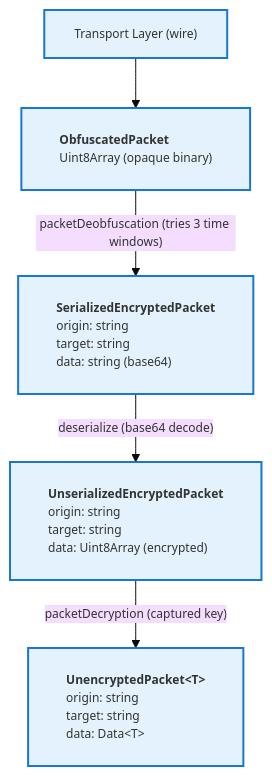
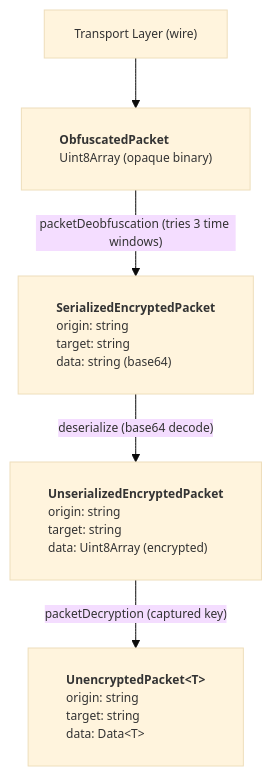
The fifth of 5 diagrams in libs/network-protocol/src/lib/security/README.md (AndrewRedican/hyperfrontend), drawn with Mermaid before and after one commit. The commit also changed other lines of this file and 2 other files, not shown here.

````diff
--- a/libs/network-protocol/src/lib/security/README.md
+++ b/libs/network-protocol/src/lib/security/README.md
@@ -307,22 +297,18 @@
 ```mermaid
 %%{init: {'theme':'base', 'themeVariables': {'fontSize':'12px'}, 'flowchart':{'htmlLabels':true}}}%%
 flowchart TB
     WIRE["Transport Layer (wire)"]
 
     OP["<div style='text-align: left; padding: 8px;'><b>ObfuscatedPacket</b><br/>Uint8Array (opaque binary)</div>"]
 
     SEP["<div style='text-align: left; padding: 8px;'><b>SerializedEncryptedPacket</b><br/>origin: string<br/>target: string<br/>data: string (base64)</div>"]
 
     UEP["<div style='text-align: left; padding: 8px;'><b>UnserializedEncryptedPacket</b><br/>origin: string<br/>target: string<br/>data: Uint8Array (encrypted)</div>"]
 
     UP["<div style='text-align: left; padding: 8px;'><b>UnencryptedPacket&lt;T&gt;</b><br/>origin: string<br/>target: string<br/>data: Data&lt;T&gt;</div>"]
 
     WIRE --> OP
     OP -->|"packetDeobfuscation (tries 3 time windows)"| SEP
     SEP -->|"deserialize (base64 decode)"| UEP
     UEP -->|"packetDecryption (captured key)"| UP
-
-    classDef packetStyle fill:#e3f2fd,stroke:#1976d2,stroke-width:2px
-
-    class WIRE,OP,SEP,UEP,UP packetStyle
 ```
````
